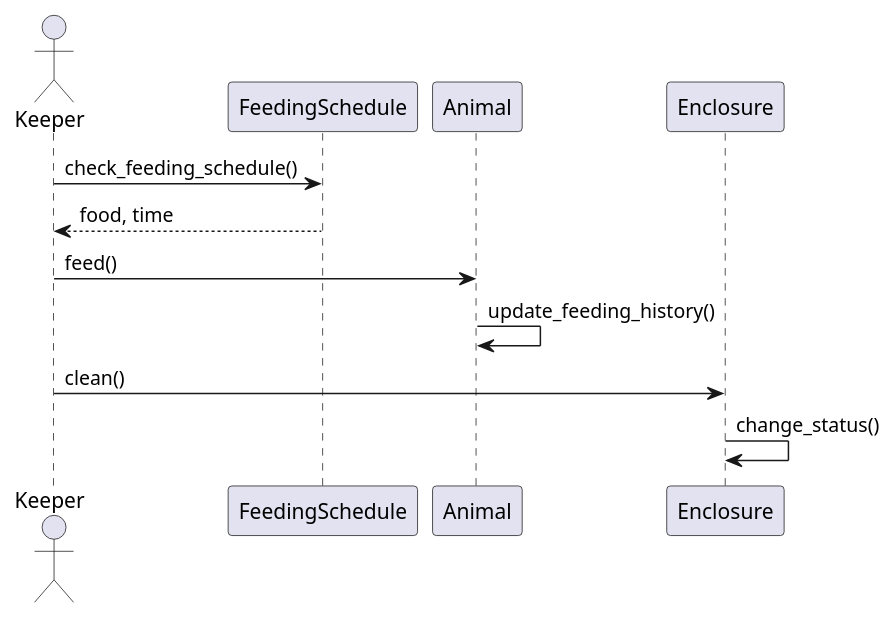
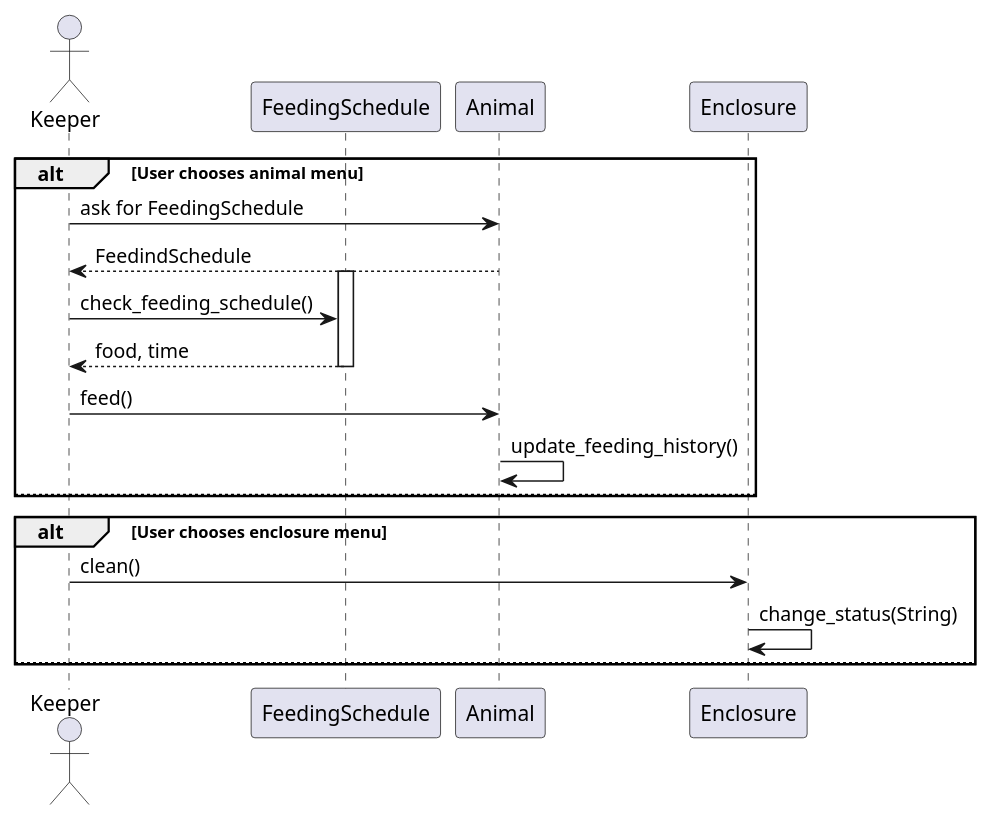
The diagram in sequence_keeper.plantuml (font-weight/OOD_zoo_management), drawn with PlantUML before and after one commit.

```diff
--- a/sequence_keeper.plantuml
+++ b/sequence_keeper.plantuml
@@ -1,17 +1,28 @@
 @startuml
 actor Keeper
 participant "FeedingSchedule" as Schedule
 participant "Animal"
 participant "Enclosure"
 
 ' Feeding
-Keeper -> Schedule : check_feeding_schedule()
-Schedule --> Keeper : food, time
+alt User chooses animal menu
+    Keeper -> Animal : ask for FeedingSchedule
+    Animal --> Keeper : FeedindSchedule
+    activate Schedule
+    Keeper -> Schedule : check_feeding_schedule()
+    Schedule --> Keeper : food, time
+    deactivate Schedule
 
-Keeper -> Animal : feed()
-Animal -> Animal : update_feeding_history()
+    Keeper -> Animal : feed()
+    Animal -> Animal : update_feeding_history()
+
+else
+end alt
 
 ' Cleaning
-Keeper -> Enclosure : clean()
-Enclosure -> Enclosure : change_status()
+alt User chooses enclosure menu
+    Keeper -> Enclosure : clean()
+    Enclosure -> Enclosure : change_status(String)
+else
+end alt
 @enduml
```
